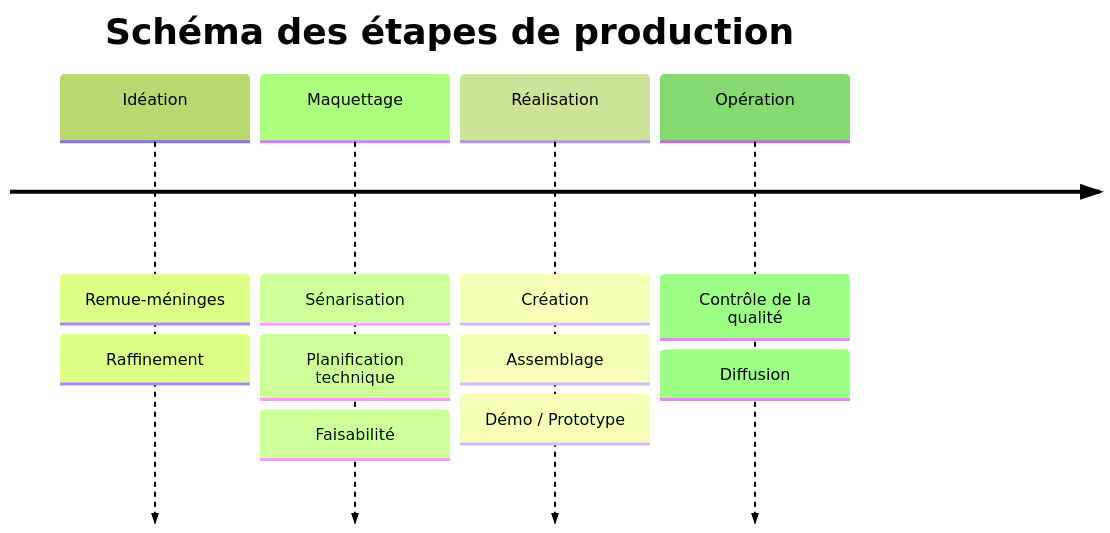
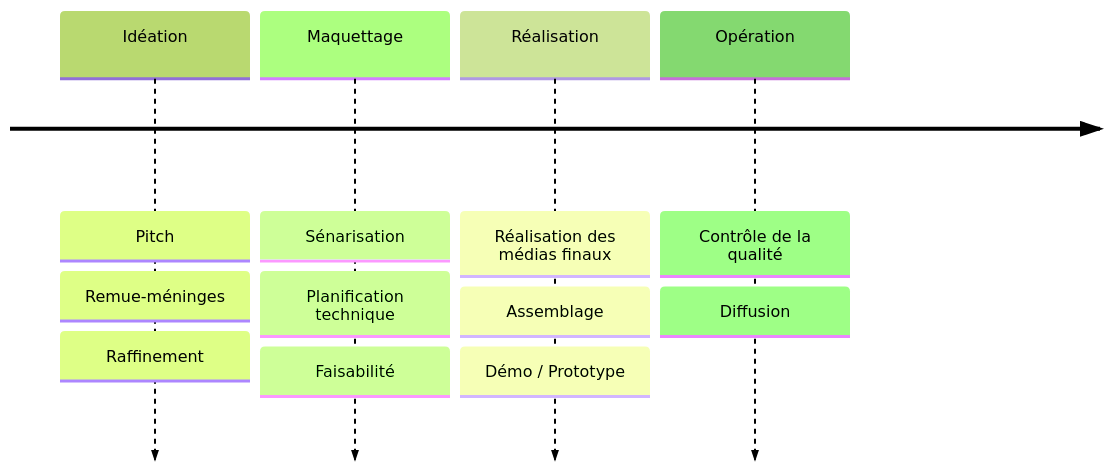
One commit to thomasfredericks/aide changed the diagram in docs/creation/production/README.md. Above: the diagram before and after it, drawn with Mermaid (forest theme). The commit also changed other lines of this file and 16 other files, not shown here.

````diff
--- a/docs/creation/production/README.md
+++ b/docs/creation/production/README.md
@@ -5,14 +5,14 @@
 ```mermaid
 timeline
-    title Schéma des étapes de production
-    Idéation   : Remue-méninges
+    Idéation   : Pitch
+               : Remue-méninges
                : Raffinement
     Maquettage : Sénarisation
                : Planification technique
                : Faisabilité
-    Réalisation   : Création
+    Réalisation   : Réalisation des médias finaux
                   : Assemblage
                   : Démo / Prototype
     Opération  : Contrôle de la qualité
                : Diffusion
 ```
````
